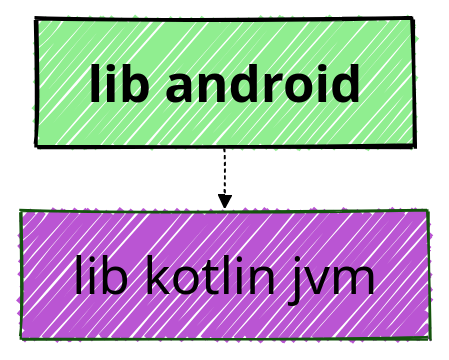
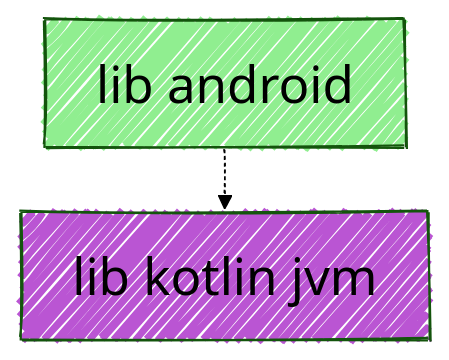
Before and after one commit to jonapoul/atlas: the diagram in samples/sample-mermaid/sample-lib-android/README.md, drawn with Mermaid. The commit also changed 43 other files, not shown here.

````diff
--- a/samples/sample-mermaid/sample-lib-android/README.md
+++ b/samples/sample-mermaid/sample-lib-android/README.md
@@ -4,29 +4,29 @@
 ```mermaid
 ---
 config:
   layout: elk
   look: handDrawn
   theme: forest
   elk:
     mergeEdges: true
     forceNodeModelOrder: true
     nodePlacementStrategy: LINEAR_SEGMENTS
     cycleBreakingStrategy: INTERACTIVE
     considerModelOrder: PREFER_EDGES
   themeVariables:
     background: #FFF
     fontFamily: arial
     lineColor: #55FF55
     primaryBorderColor: #FF5555
     primaryColor: #ABC123
     darkMode: true
     fontSize: 30px
     defaultLinkColor: #5555FF
 ---
 graph TD
   lib_android["lib android"]
   lib_kotlin_jvm["lib kotlin jvm"]
-  style lib_android fill:lightgreen,font-weight:bold,stroke:black,stroke-width:2px,fillcolor:lightgreen
+  style lib_android fill:lightgreen,fillcolor:lightgreen
   style lib_kotlin_jvm fill:mediumorchid,fillcolor:mediumorchid
   lib_android -.-> lib_kotlin_jvm
 ```
````
